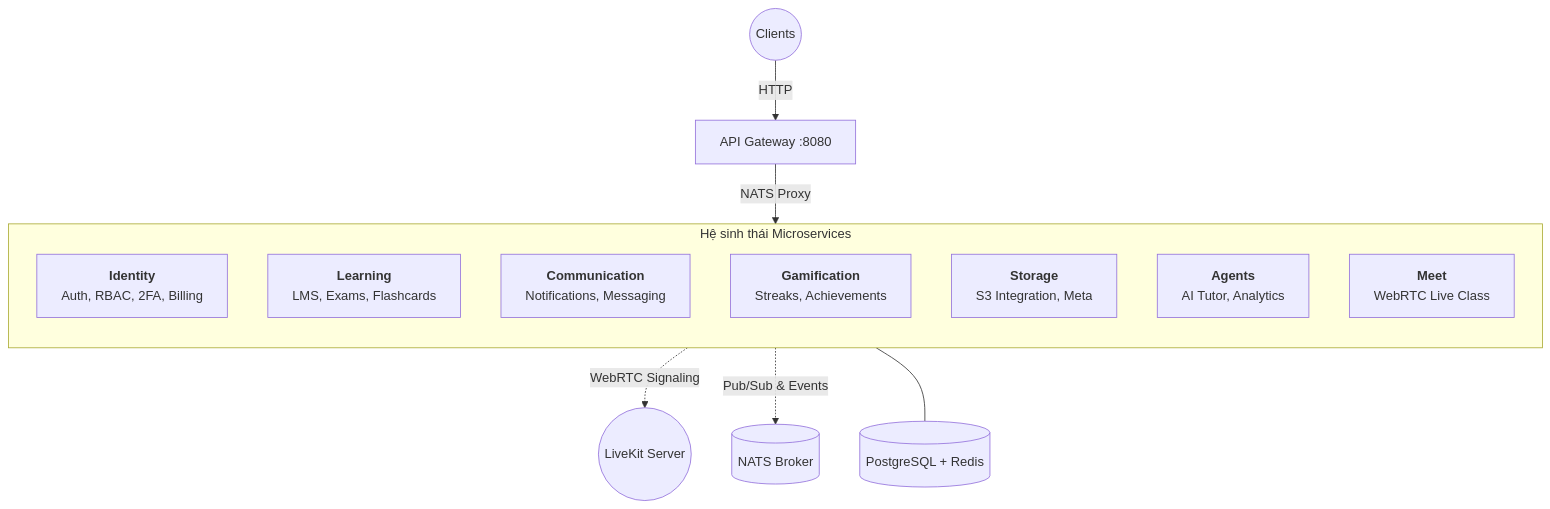
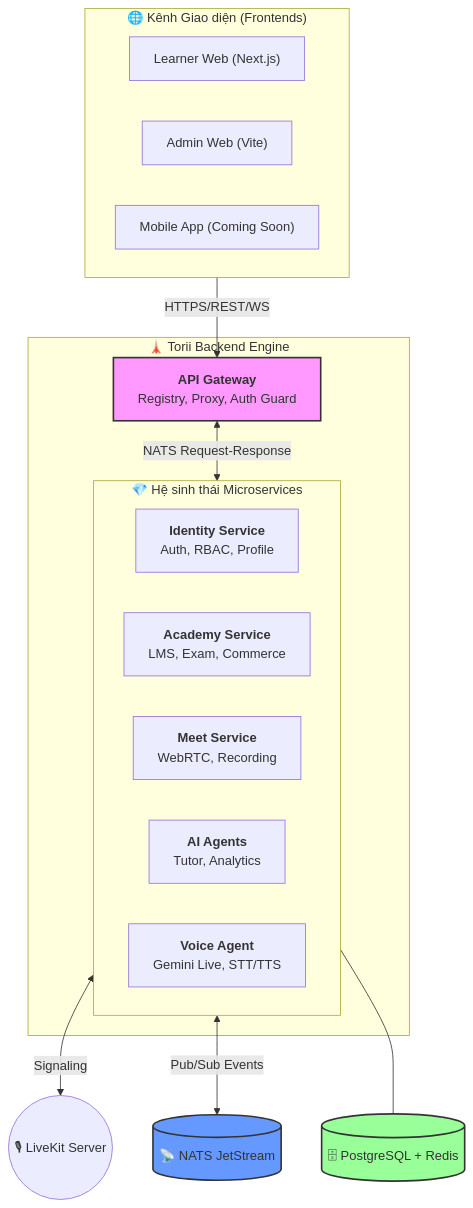
One commit to Lain4504/torii-monorepo changed the diagram in README.md. Above: the diagram before and after it, drawn with Mermaid. The commit also changed other lines of this file, not shown here.

````diff
--- a/README.md
+++ b/README.md
@@ -39,20 +29,33 @@
 ```mermaid
 graph TB
-    Client((Clients)) -->|HTTP| Gateway["API Gateway :8080"]
-    Gateway -->|NATS Proxy| Services
+    subgraph Clients ["🌐 Kênh Giao diện (Frontends)"]
+        Learner["Learner Web (Next.js)"]
+        Admin["Admin Web (Vite)"]
+        Mobile["Mobile App (Coming Soon)"]
+    end
+
+    Clients -->|HTTPS/REST/WS| Gateway
+
+    subgraph Backend ["🗼 Torii Backend Engine"]
+        Gateway["<b>API Gateway</b><br/>Registry, Proxy, Auth Guard"]
+        
+        subgraph Internal ["💎 Hệ sinh thái Microservices"]
+            direction LR
+            Identity["<b>Identity Service</b><br/>Auth, RBAC, Profile"]
+            Academy["<b>Academy Service</b><br/>LMS, Exam, Commerce"]
+            Meet["<b>Meet Service</b><br/>WebRTC, Recording"]
+            Agents["<b>AI Agents</b><br/>Tutor, Analytics"]
+            VoiceAgent["<b>Voice Agent</b><br/>Gemini Live, STT/TTS"]
+        end
+
+        Gateway <-->|NATS Request-Response| Internal
+    end
+
+    Internal <-->|Pub/Sub Events| NATS[("📡 NATS JetStream")]
+    Meet <-->|Signaling| LiveKit(("🎙 LiveKit Server"))
+    Internal --- DB[("🗄 PostgreSQL + Redis")]
     
-    subgraph Services ["Hệ sinh thái Microservices"]
-        direction TB
-        Identity["<b>Identity</b><br>Auth, RBAC, 2FA, Billing"]
-        Learning["<b>Learning</b><br>LMS, Exams, Flashcards"]
-        Comm["<b>Communication</b><br>Notifications, Messaging"]
-        Gamification["<b>Gamification</b><br>Streaks, Achievements"]
-        Storage["<b>Storage</b><br>S3 Integration, Meta"]
-        Agents["<b>Agents</b><br>AI Tutor, Analytics"]
-        Meet["<b>Meet</b><br>WebRTC Live Class"]
-    end
-    
-    Services -.->|Pub/Sub & Events| NATS[("NATS Broker")]
-    Meet -.->|WebRTC Signaling| LiveKit(("LiveKit Server"))
-    Services --- DB[("PostgreSQL + Redis")]
+    style Gateway fill:#f9f,stroke:#333,stroke-width:2px
+    style NATS fill:#69f,stroke:#333,stroke-width:2px
+    style DB fill:#9f9,stroke:#333,stroke-width:2px
 ```
````
